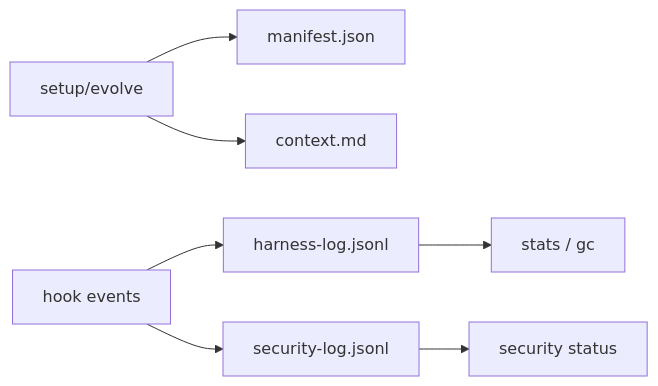
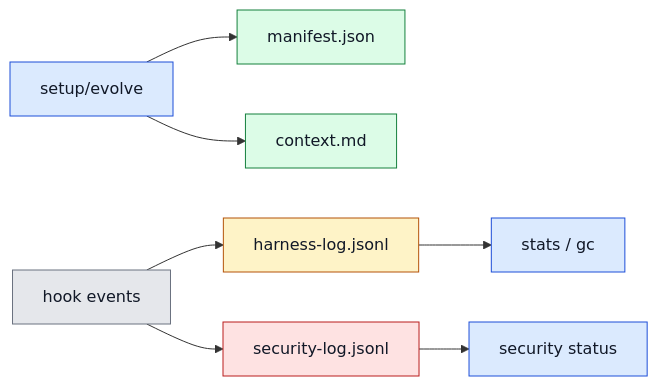
The second of 3 diagrams in docs/07-운영-흐름-및-배포.md (Jimmy-Jung/ai-symbiote), drawn with Mermaid before and after one commit. The commit also changed other lines of this file and 10 other files, not shown here.

Commit message:
docs(mermaid): 다이어그램 대비 색상 개선

````diff
--- a/docs/07-운영-흐름-및-배포.md
+++ b/docs/07-운영-흐름-및-배포.md
@@ -22,9 +29,18 @@
 ```mermaid
 flowchart LR
     A["setup/evolve"] --> B["manifest.json"]
     A --> C["context.md"]
     D["hook events"] --> E["harness-log.jsonl"]
     D --> F["security-log.jsonl"]
     E --> G["stats / gc"]
     F --> H["security status"]
+
+    style A fill:#dbeafe,stroke:#1d4ed8,color:#111827
+    style B fill:#dcfce7,stroke:#15803d,color:#111827
+    style C fill:#dcfce7,stroke:#15803d,color:#111827
+    style D fill:#e5e7eb,stroke:#6b7280,color:#111827
+    style E fill:#fef3c7,stroke:#b45309,color:#111827
+    style F fill:#fee2e2,stroke:#b91c1c,color:#111827
+    style G fill:#dbeafe,stroke:#1d4ed8,color:#111827
+    style H fill:#dbeafe,stroke:#1d4ed8,color:#111827
 ```
````
